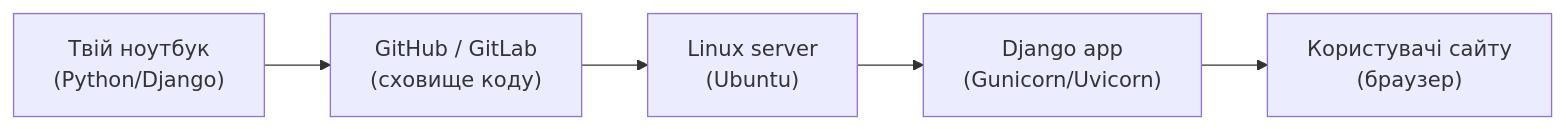
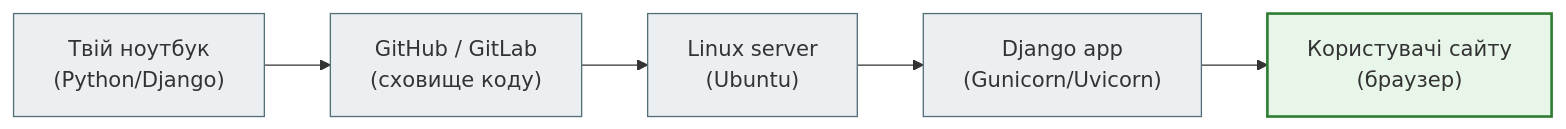
One commit to NikoriakViktot/notes_chat_app changed the first of 2 diagrams in docs/10_linux_and_devops/linux_01_mental_model_full.md. Above: the diagram before and after it, drawn with Mermaid. The commit also changed other lines of this file and 441 other files, not shown here.

First line of the commit message:
Add English version of the book, Mermaid standard, docs fixes

````diff
--- a/docs/10_linux_and_devops/linux_01_mental_model_full.md
+++ b/docs/10_linux_and_devops/linux_01_mental_model_full.md
@@ -119,7 +119,12 @@
 ```mermaid
 flowchart LR
-    Dev["Твій ноутбук\n(Python/Django)"] --> Git["GitHub / GitLab\n(сховище коду)"]
-    Git --> Server["Linux server\n(Ubuntu)"]
-    Server --> App["Django app\n(Gunicorn/Uvicorn)"]
-    App --> Users["Користувачі сайту\n(браузер)"]
+    Dev["Твій ноутбук<br>(Python/Django)"] --> Git["GitHub / GitLab<br>(сховище коду)"]
+    Git --> Server["Linux server<br>(Ubuntu)"]
+    Server --> App["Django app<br>(Gunicorn/Uvicorn)"]
+    App --> Users["Користувачі сайту<br>(браузер)"]
+
+    classDef step     fill:#eceff1,stroke:#546e7a,stroke-width:1px;
+    classDef success  fill:#e8f5e9,stroke:#2e7d32,stroke-width:2px;
+    class Dev,Git,Server,App step;
+    class Users success;
 ```
````
